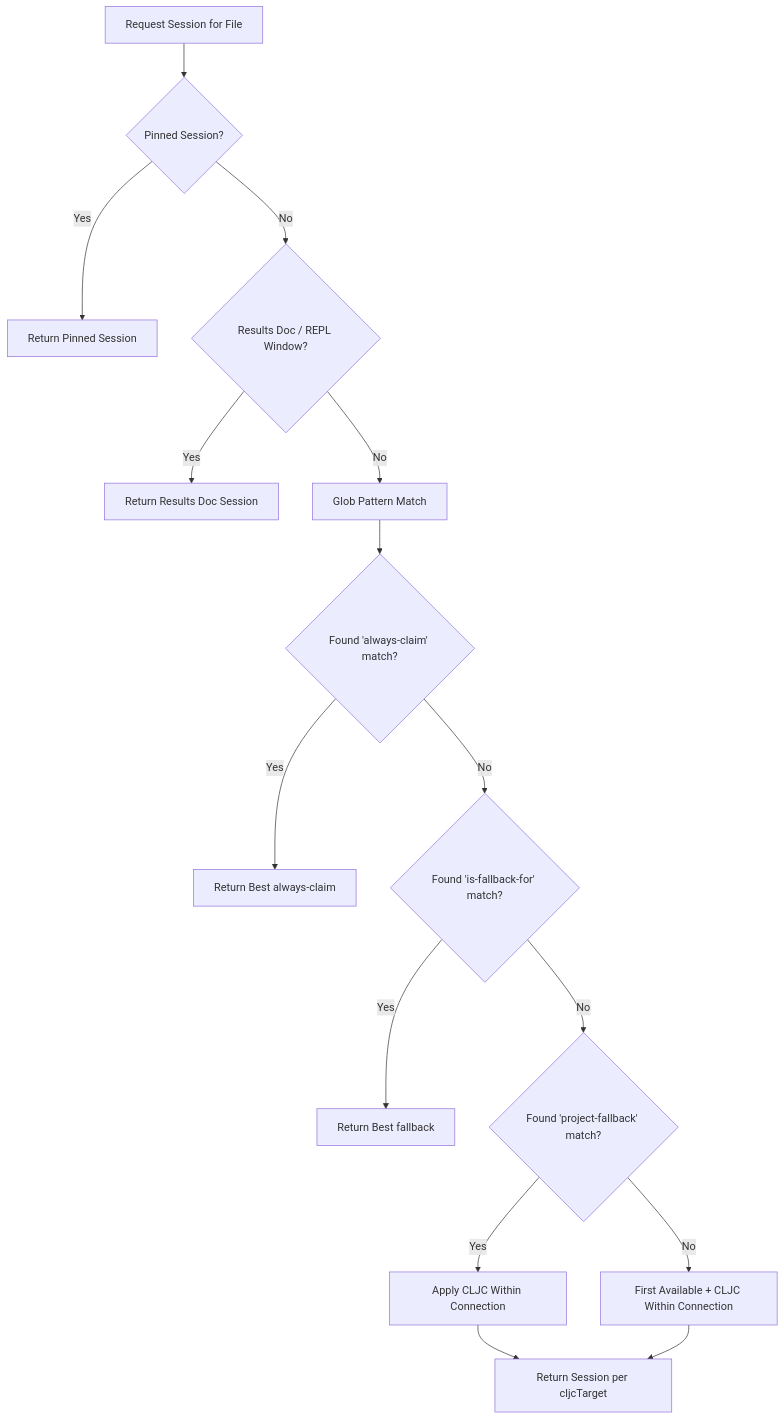
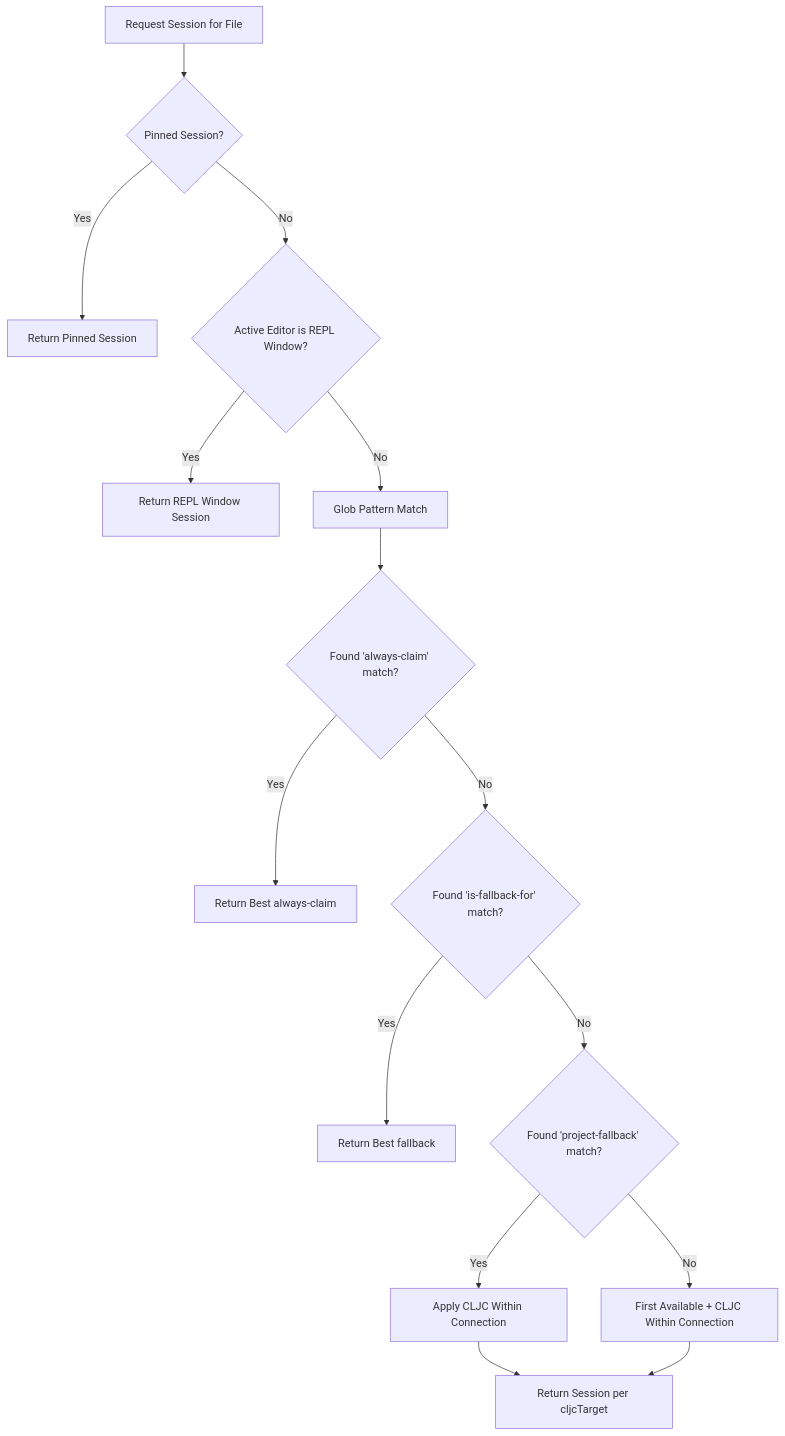
Before and after one commit to BetterThanTomorrow/calva: the fifth of 7 diagrams in dev/docs/multi-session-architecture.md, drawn with Mermaid. The commit also changed other lines of this file, not shown here.

Commit message:
Update architecture doc with clearer repl window behaviour

````diff
--- a/dev/docs/multi-session-architecture.md
+++ b/dev/docs/multi-session-architecture.md
@@ -872,17 +885,17 @@
 ```mermaid
 flowchart TD
     A[Request Session for File] --> B{Pinned Session?}
     B -- Yes --> C[Return Pinned Session]
-    B -- No --> D{Results Doc / REPL Window?}
-    D -- Yes --> E[Return Results Doc Session]
+    B -- No --> D{Active Editor is REPL Window?}
+    D -- Yes --> E[Return REPL Window Session]
     D -- No --> F[Glob Pattern Match]
     F --> G{Found 'always-claim' match?}
     G -- Yes --> H[Return Best always-claim]
     G -- No --> I{Found 'is-fallback-for' match?}
     I -- Yes --> J[Return Best fallback]
     I -- No --> K{Found 'project-fallback' match?}
     K -- Yes --> L[Apply CLJC Within Connection]
     K -- No --> M[First Available + CLJC Within Connection]
     L --> N[Return Session per cljcTarget]
     M --> N
 ```
````
